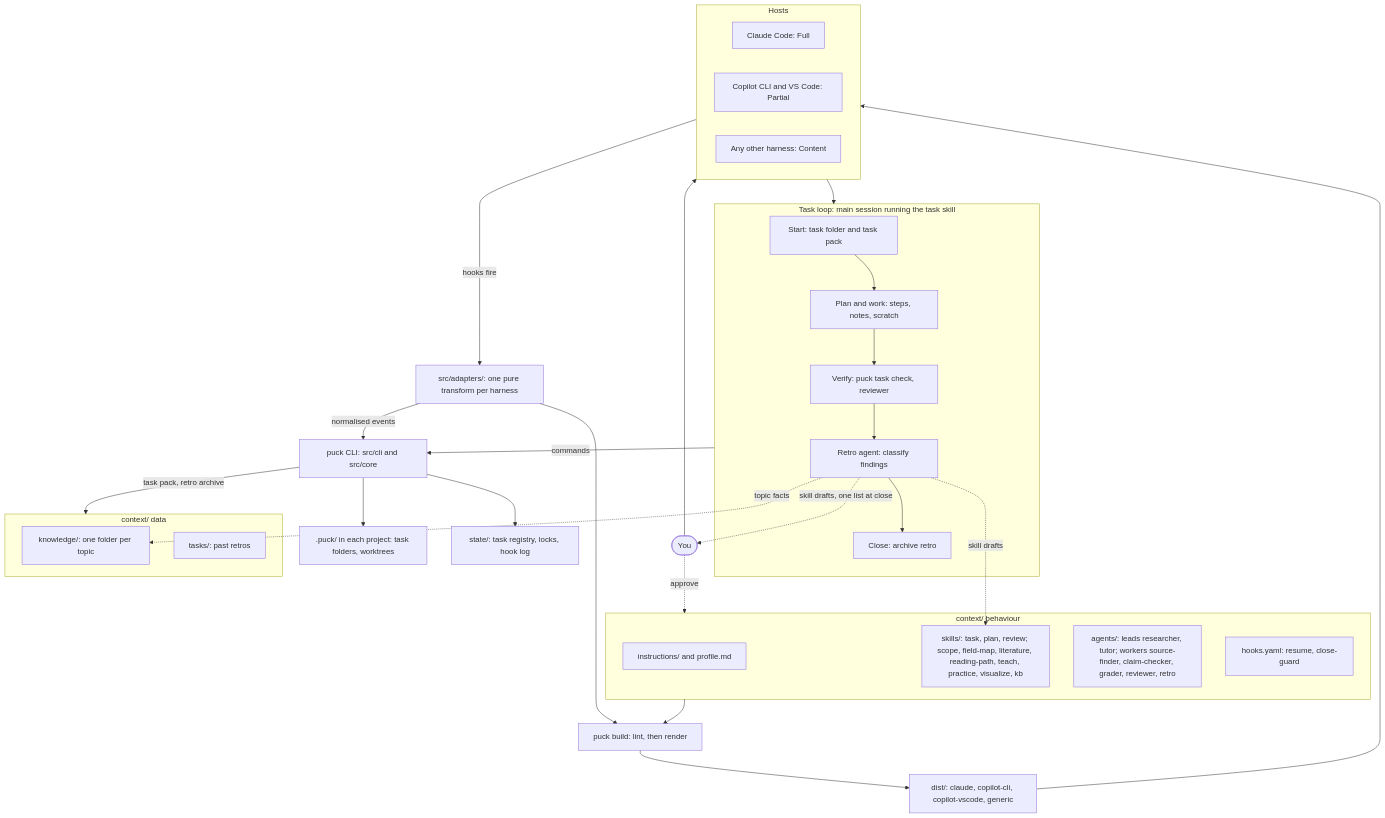
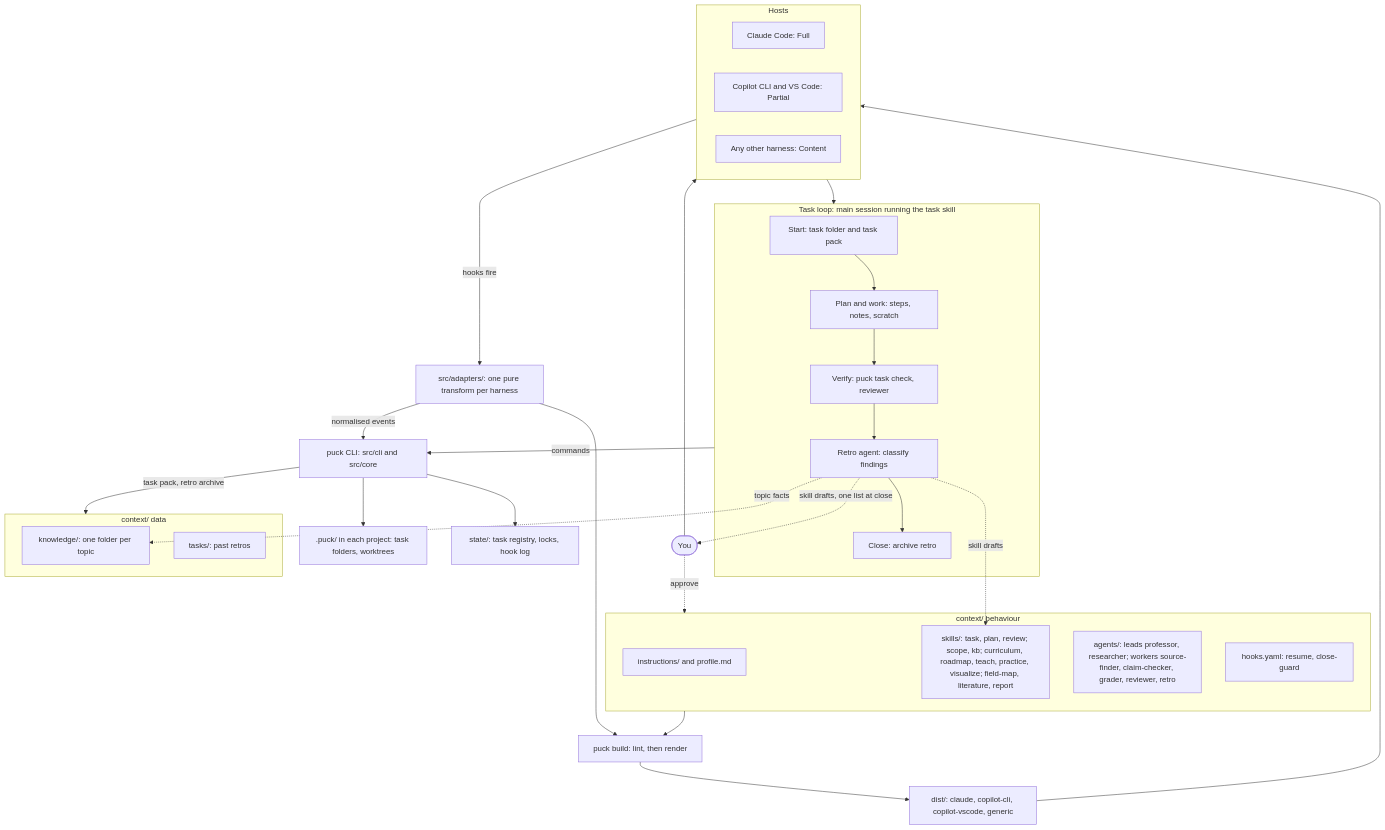
Before and after one commit to DouglasBergamim/puck: the diagram in docs/design.md, drawn with Mermaid. The commit also changed other lines of this file and 52 other files, not shown here.

First line of the commit message:
Replace the tutor with the professor lead and split learning from research

````diff
--- a/docs/design.md
+++ b/docs/design.md
@@ -93,58 +93,58 @@
 ```mermaid
 flowchart TB
     you(["You"])
 
     subgraph behaviour["context/ behaviour"]
         rules["instructions/ and profile.md"]
-        skills["skills/: task, plan, review; scope, field-map, literature, reading-path, teach, practice, visualize, kb"]
-        agents["agents/: leads researcher, tutor; workers source-finder, claim-checker, grader, reviewer, retro"]
+        skills["skills/: task, plan, review; scope, kb; curriculum, roadmap, teach, practice, visualize; field-map, literature, report"]
+        agents["agents/: leads professor, researcher; workers source-finder, claim-checker, grader, reviewer, retro"]
         hookrules["hooks.yaml: resume, close-guard"]
     end
 
     adapters["src/adapters/: one pure transform per harness"]
     build["puck build: lint, then render"]
     dist["dist/: claude, copilot-cli, copilot-vscode, generic"]
 
     subgraph hosts["Hosts"]
         claude["Claude Code: Full"]
         copilot["Copilot CLI and VS Code: Partial"]
         generic["Any other harness: Content"]
     end
 
     subgraph loop["Task loop: main session running the task skill"]
         start["Start: task folder and task pack"]
         work["Plan and work: steps, notes, scratch"]
         verify["Verify: puck task check, reviewer"]
         retro["Retro agent: classify findings"]
         finish["Close: archive retro"]
         start --> work --> verify --> retro --> finish
     end
 
     cli["puck CLI: src/cli and src/core"]
 
     project[".puck/ in each project: task folders, worktrees"]
     state["state/: task registry, locks, hook log"]
 
     subgraph data["context/ data"]
         knowledge["knowledge/: one folder per topic"]
         archive["tasks/: past retros"]
     end
 
     behaviour --> build
     adapters --> build
     build --> dist
     dist --> hosts
     you --> hosts
     hosts --> loop
     hosts -- "hooks fire" --> adapters
     adapters -- "normalised events" --> cli
     loop -- "commands" --> cli
     cli --> project
     cli --> state
     cli -- "task pack, retro archive" --> data
 
     retro -. "skill drafts" .-> skills
     retro -. "topic facts" .-> knowledge
     retro -. "skill drafts, one list at close" .-> you
     you -. "approve" .-> behaviour
 ```
````
